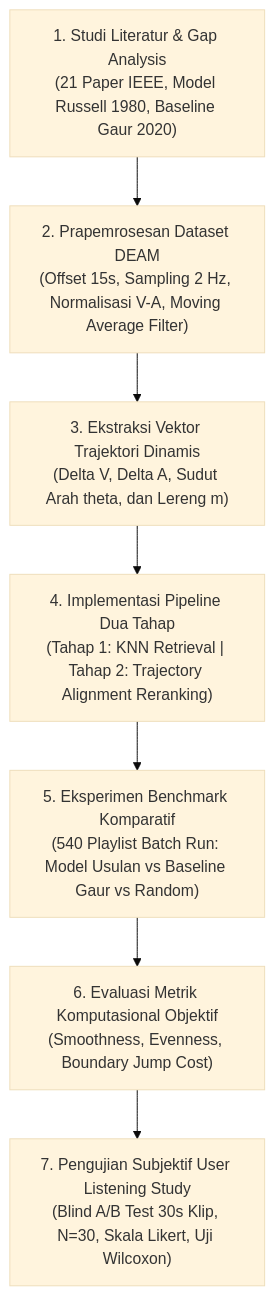
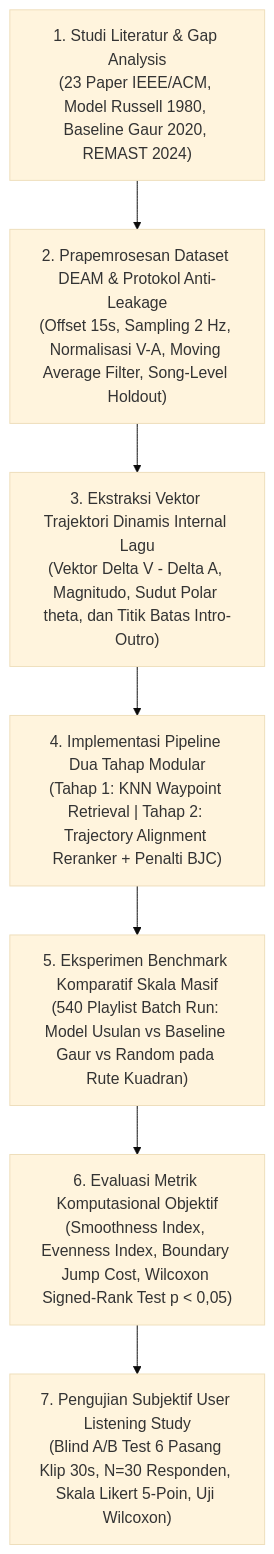
The diagram in 06-Naskah-Draft/02-Skenario-Dual-Evaluation-User-Study/Bab-3-Metodologi.md (cengkooo/Catatan-Logs-TA), drawn with Mermaid (base theme) before and after one commit. The commit also changed other lines of this file and 6 other files, not shown here.

Commit message:
docs(draft): perbarui draf Bab 1, 2, 3 pada Skenario 1 dan Skenario 2 dengan 23 literatur primer

````diff
--- a/06-Naskah-Draft/02-Skenario-Dual-Evaluation-User-Study/Bab-3-Metodologi.md
+++ b/06-Naskah-Draft/02-Skenario-Dual-Evaluation-User-Study/Bab-3-Metodologi.md
@@ -23,9 +26,9 @@
 ```mermaid
 flowchart TD
-    A["1. Studi Literatur & Gap Analysis<br/>(21 Paper IEEE, Model Russell 1980, Baseline Gaur 2020)"] --> B["2. Prapemrosesan Dataset DEAM<br/>(Offset 15s, Sampling 2 Hz, Normalisasi V-A, Moving Average Filter)"]
-    B --> C["3. Ekstraksi Vektor Trajektori Dinamis<br/>(Delta V, Delta A, Sudut Arah theta, dan Lereng m)"]
-    C --> D["4. Implementasi Pipeline Dua Tahap<br/>(Tahap 1: KNN Retrieval | Tahap 2: Trajectory Alignment Reranking)"]
-    D --> E["5. Eksperimen Benchmark Komparatif<br/>(540 Playlist Batch Run: Model Usulan vs Baseline Gaur vs Random)"]
-    E --> F["6. Evaluasi Metrik Komputasional Objektif<br/>(Smoothness, Evenness, Boundary Jump Cost)"]
-    F --> G["7. Pengujian Subjektif User Listening Study<br/>(Blind A/B Test 30s Klip, N=30, Skala Likert, Uji Wilcoxon)"]
+    A["1. Studi Literatur & Gap Analysis<br/>(23 Paper IEEE/ACM, Model Russell 1980, Baseline Gaur 2020, REMAST 2024)"] --> B["2. Prapemrosesan Dataset DEAM & Protokol Anti-Leakage<br/>(Offset 15s, Sampling 2 Hz, Normalisasi V-A, Moving Average Filter, Song-Level Holdout)"]
+    B --> C["3. Ekstraksi Vektor Trajektori Dinamis Internal Lagu<br/>(Vektor Delta V - Delta A, Magnitudo, Sudut Polar theta, dan Titik Batas Intro-Outro)"]
+    C --> D["4. Implementasi Pipeline Dua Tahap Modular<br/>(Tahap 1: KNN Waypoint Retrieval | Tahap 2: Trajectory Alignment Reranker + Penalti BJC)"]
+    D --> E["5. Eksperimen Benchmark Komparatif Skala Masif<br/>(540 Playlist Batch Run: Model Usulan vs Baseline Gaur vs Random pada Rute Kuadran)"]
+    E --> F["6. Evaluasi Metrik Komputasional Objektif<br/>(Smoothness Index, Evenness Index, Boundary Jump Cost, Wilcoxon Signed-Rank Test p < 0,05)"]
+    F --> G["7. Pengujian Subjektif User Listening Study<br/>(Blind A/B Test 6 Pasang Klip 30s, N=30 Responden, Skala Likert 5-Poin, Uji Wilcoxon)"]
 ```
````
